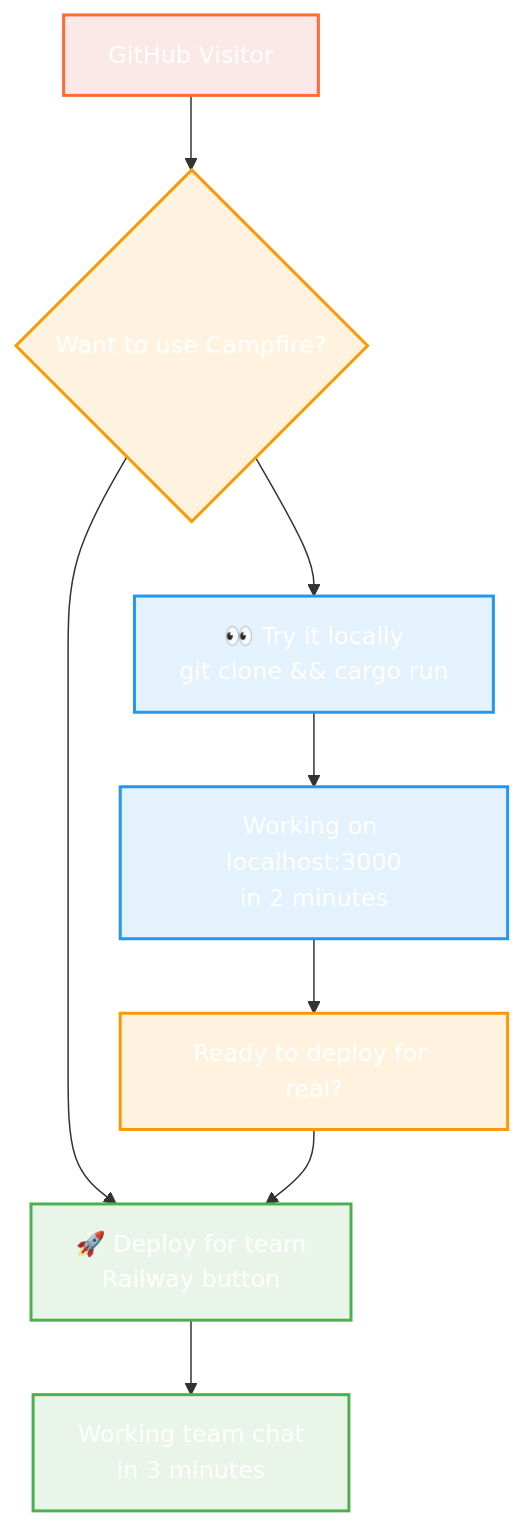
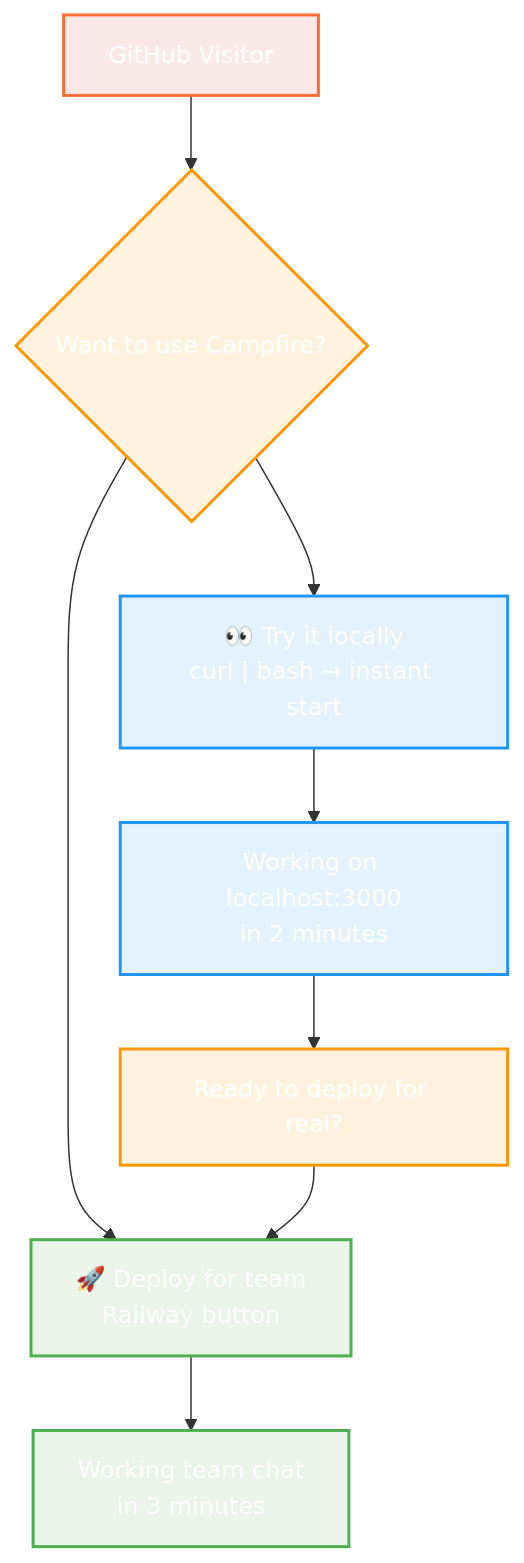
The second of 2 diagrams in .kiro/specs/shreyas-doshi-campfire-gtm/design.md (that-in-rust/campfire-on-rust), drawn with Mermaid before and after one commit. The commit also changed other lines of this file and 2 other files, not shown here.

````diff
--- a/.kiro/specs/shreyas-doshi-campfire-gtm/design.md
+++ b/.kiro/specs/shreyas-doshi-campfire-gtm/design.md
@@ -63,24 +63,24 @@
 ```mermaid
 %%{init: {'theme':'base', 'themeVariables': {'primaryColor':'#ff6b35','primaryTextColor':'#ffffff','primaryBorderColor':'#ff6b35','lineColor':'#333333','secondaryColor':'#f4f4f4','tertiaryColor':'#ffffff','background':'#ffffff','mainBkg':'#ff6b35','secondBkg':'#fbe9e7','tertiaryBkg':'#ffffff'}}}%%
 graph TD
     A["GitHub Visitor"] --> B{Want to use Campfire?}
     
-    B --> C["👀 Try it locally<br/>git clone && cargo run"]
+    B --> C["👀 Try it locally<br/>curl | bash → instant start"]
     B --> D["🚀 Deploy for team<br/>Railway button"]
     
     C --> E["Working on localhost:3000<br/>in 2 minutes"]
     D --> F["Working team chat<br/>in 3 minutes"]
     
     E --> G["Ready to deploy for real?"]
     G --> D
     
     classDef visitor fill:#fbe9e7,stroke:#ff6b35,stroke-width:2px
     classDef choice fill:#fff3e0,stroke:#ff9800,stroke-width:2px
     classDef local fill:#e3f2fd,stroke:#2196f3,stroke-width:2px
     classDef deploy fill:#e8f5e8,stroke:#4caf50,stroke-width:2px
     
     class A visitor
     class B,G choice
     class C,E local
     class D,F deploy
 ```
````
